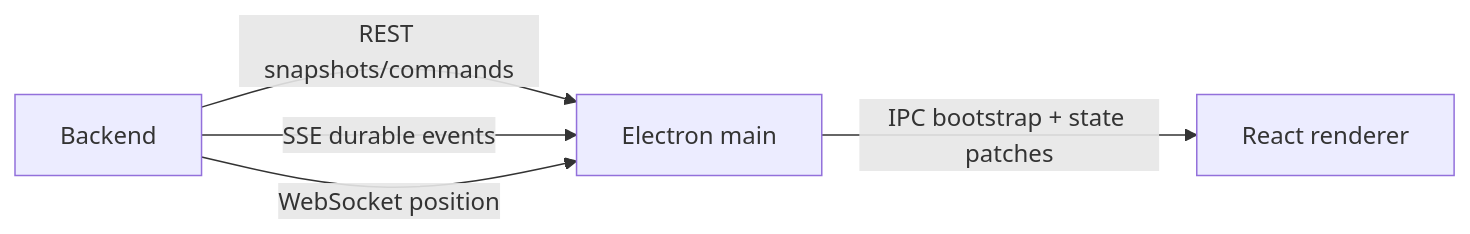
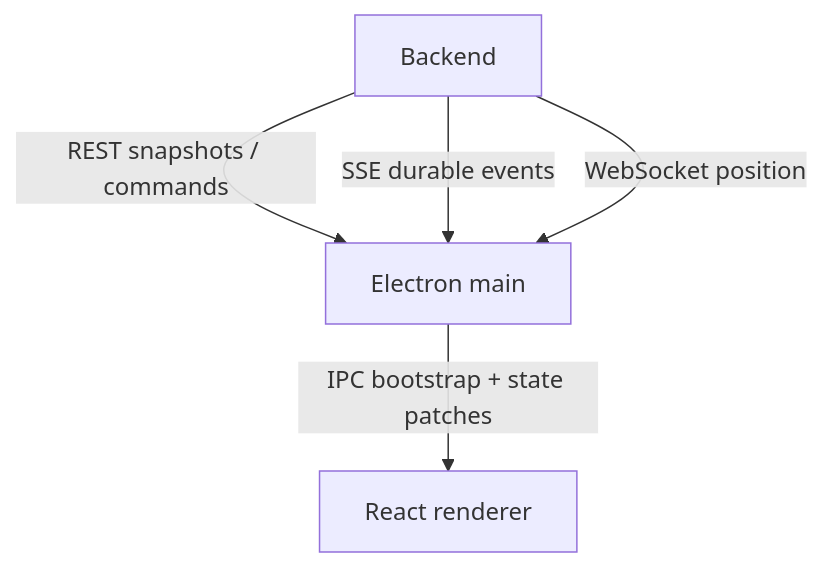
One commit to PatrykCieszynski/ZML changed the fourth of 8 diagrams in docs/architecture.md. Above: the diagram before and after it, drawn with Mermaid. The commit also changed other lines of this file, not shown here.

Commit message:
Clarify vertical architecture data flows

````diff
--- a/docs/architecture.md
+++ b/docs/architecture.md
@@ -165,7 +171,7 @@
 ```mermaid
-flowchart LR
-    Backend -->|REST snapshots/commands| Main[Electron main]
+flowchart TB
+    Backend -->|REST snapshots / commands| Main[Electron main]
     Backend -->|SSE durable events| Main
     Backend -->|WebSocket position| Main
     Main -->|IPC bootstrap + state patches| Renderer[React renderer]
 ```
````
